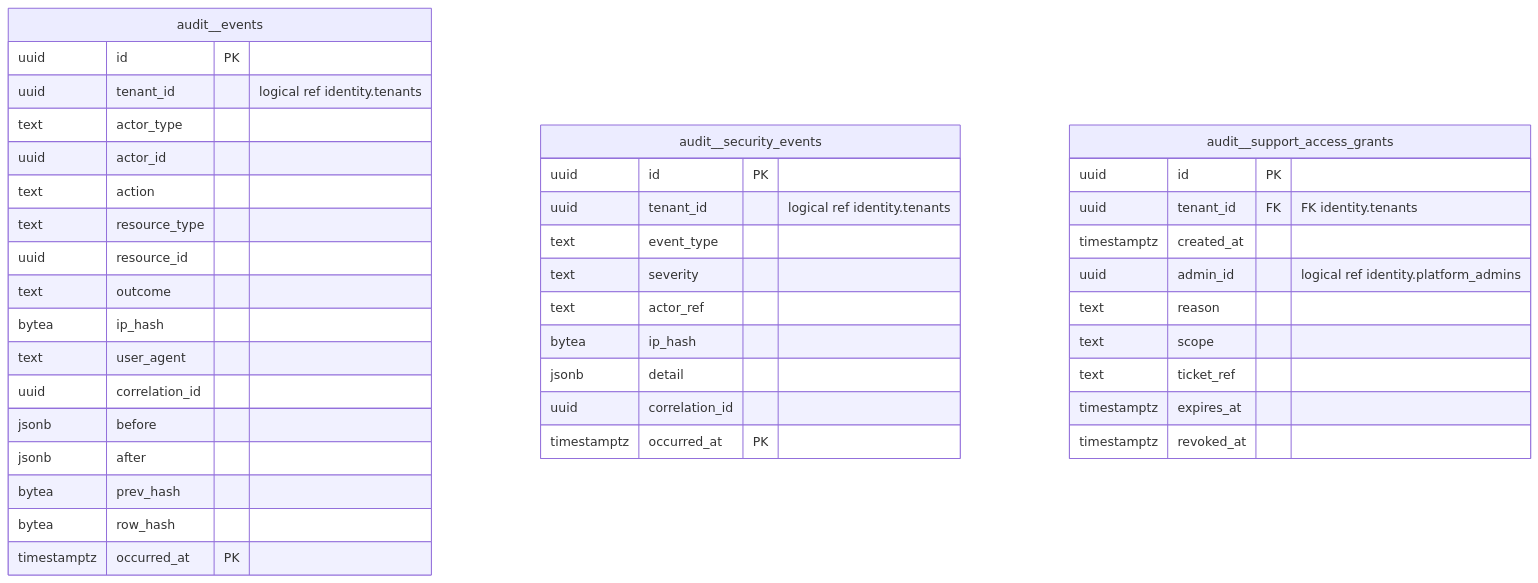
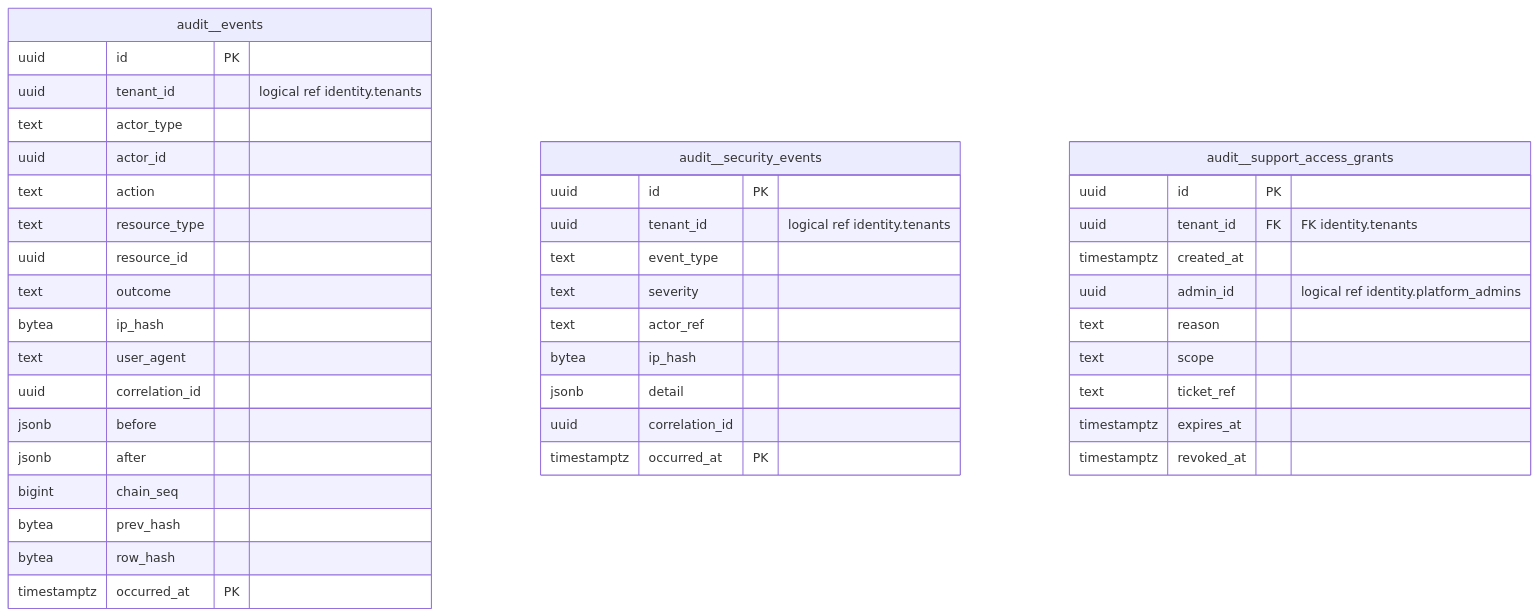
Before and after one commit to inventerking/msp: diagram 14 of 15 in docs/database/module-er-ds.md, drawn with Mermaid. The commit also changed 221 other files, not shown here.

````diff
--- a/docs/database/module-er-ds.md
+++ b/docs/database/module-er-ds.md
@@ -2036,43 +2036,44 @@
 ```mermaid
 erDiagram
     audit__events {
         uuid id PK
         uuid tenant_id "logical ref identity.tenants"
         text actor_type
         uuid actor_id
         text action
         text resource_type
         uuid resource_id
         text outcome
         bytea ip_hash
         text user_agent
         uuid correlation_id
         jsonb before
         jsonb after
+        bigint chain_seq
         bytea prev_hash
         bytea row_hash
         timestamptz occurred_at PK
     }
     audit__security_events {
         uuid id PK
         uuid tenant_id "logical ref identity.tenants"
         text event_type
         text severity
         text actor_ref
         bytea ip_hash
         jsonb detail
         uuid correlation_id
         timestamptz occurred_at PK
     }
     audit__support_access_grants {
         uuid id PK
         uuid tenant_id FK "FK identity.tenants"
         timestamptz created_at
         uuid admin_id "logical ref identity.platform_admins"
         text reason
         text scope
         text ticket_ref
         timestamptz expires_at
         timestamptz revoked_at
     }
 ```
````
